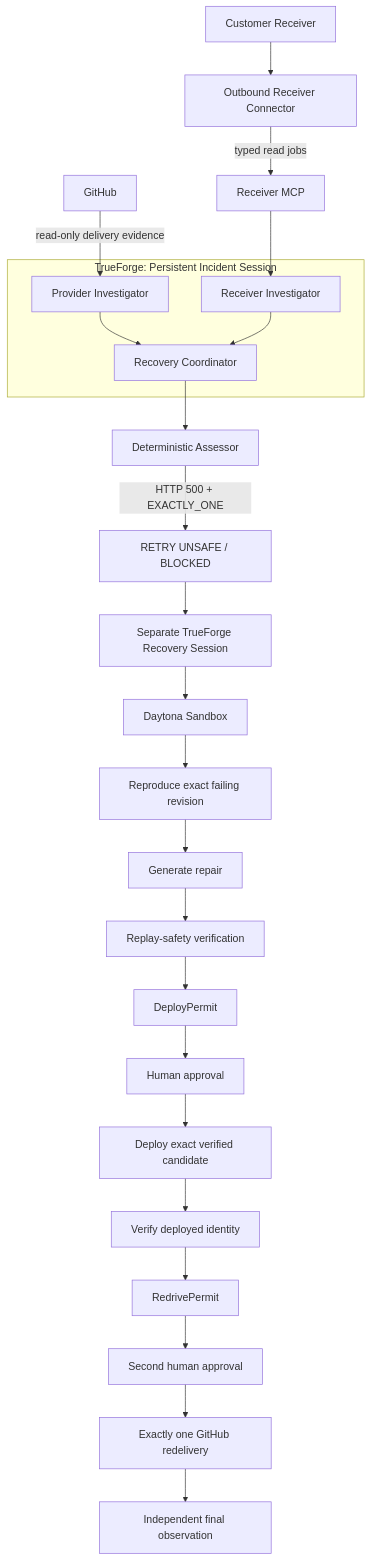
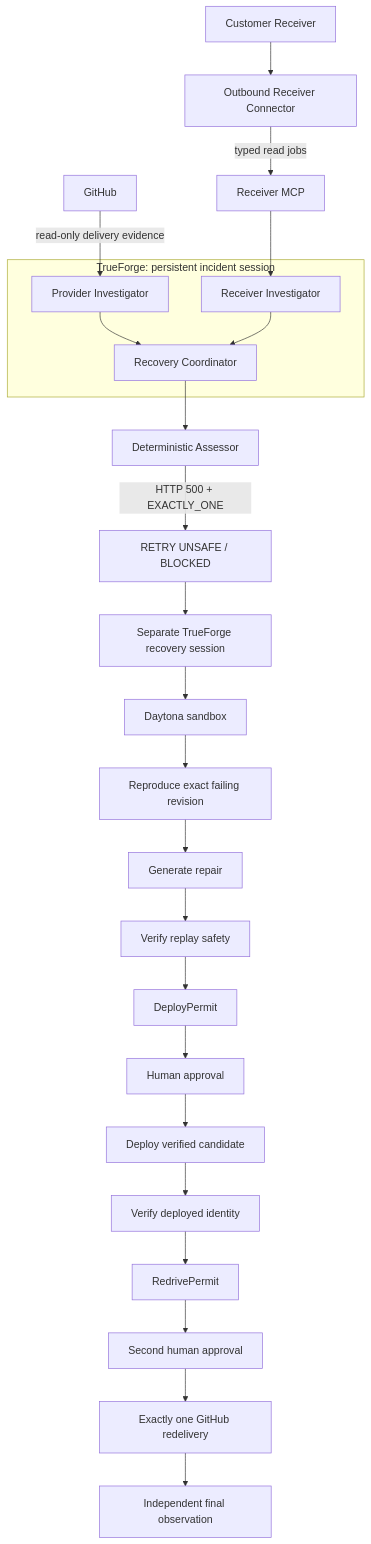
The diagram in README.md (Redrive-Labs/Redrive), drawn with Mermaid before and after one commit. The commit also changed other lines of this file, not shown here.

Commit message:
docs: add reproducible setup and architecture guide

````diff
--- a/README.md
+++ b/README.md
@@ -186,39 +140,36 @@
 ```mermaid
 flowchart TD
     GH["GitHub"] -->|read-only delivery evidence| PI["Provider Investigator"]
 
     RX["Customer Receiver"] --> RC["Outbound Receiver Connector"]
     RC -->|typed read jobs| RMCP["Receiver MCP"]
     RMCP --> RI["Receiver Investigator"]
 
-    subgraph TF["TrueForge: Persistent Incident Session"]
+    subgraph TF["TrueForge: persistent incident session"]
         CO["Recovery Coordinator"]
         PI
         RI
     end
 
     PI --> CO
     RI --> CO
-
     CO --> DA["Deterministic Assessor"]
 
     DA -->|"HTTP 500 + EXACTLY_ONE"| BLOCK["RETRY UNSAFE / BLOCKED"]
 
-    BLOCK --> RS["Separate TrueForge Recovery Session"]
-
-    RS --> DAY["Daytona Sandbox"]
+    BLOCK --> RS["Separate TrueForge recovery session"]
+    RS --> DAY["Daytona sandbox"]
     DAY --> REP["Reproduce exact failing revision"]
     REP --> FIX["Generate repair"]
-    FIX --> VERIFY["Replay-safety verification"]
+    FIX --> VERIFY["Verify replay safety"]
 
     VERIFY --> DP["DeployPermit"]
     DP --> HA1["Human approval"]
-    HA1 --> DEPLOY["Deploy exact verified candidate"]
+    HA1 --> DEPLOY["Deploy verified candidate"]
     DEPLOY --> DV["Verify deployed identity"]
 
     DV --> RP["RedrivePermit"]
     RP --> HA2["Second human approval"]
     HA2 --> REDRIVE["Exactly one GitHub redelivery"]
-
     REDRIVE --> FINAL["Independent final observation"]
 ```
````
